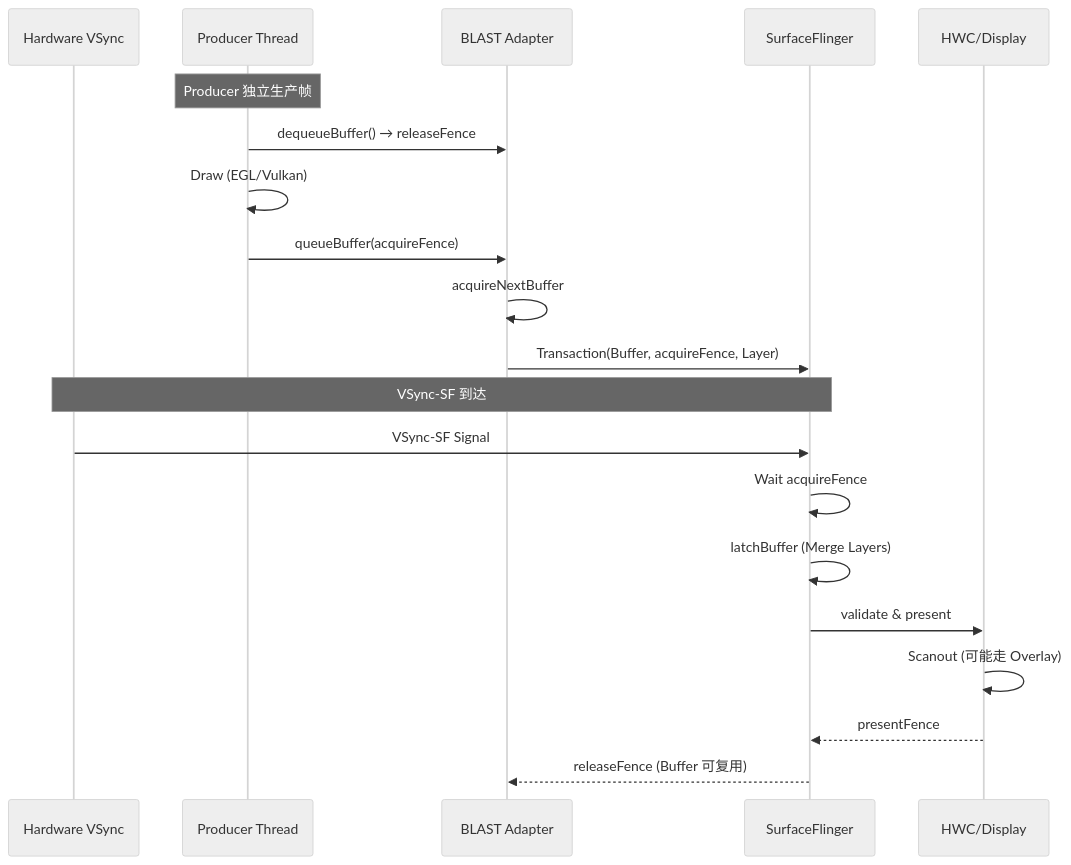
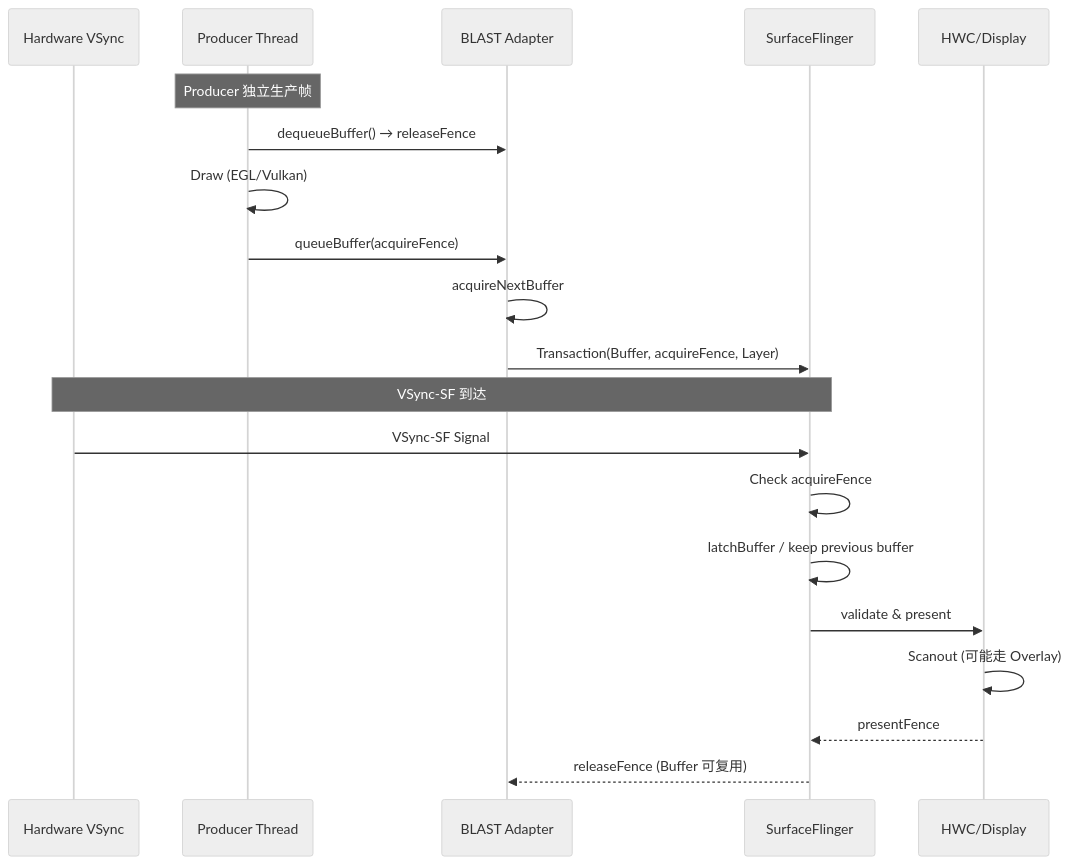
The second of 2 diagrams in src/part2-performance/ch18-rendering-pipelines/06-surfaceview.md (Gracker/android-internals-wiki), drawn with Mermaid (neutral theme) before and after one commit. The commit also changed other lines of this file and 3 other files, not shown here.

````diff
--- a/src/part2-performance/ch18-rendering-pipelines/06-surfaceview.md
+++ b/src/part2-performance/ch18-rendering-pipelines/06-surfaceview.md
@@ -125,25 +132,25 @@
 ```mermaid
 sequenceDiagram
     participant HW as Hardware VSync
     participant PT as Producer Thread
     participant BBQ as BLAST Adapter
     participant SF as SurfaceFlinger
     participant HWC as HWC/Display
 
     Note over PT: Producer 独立生产帧
     PT->>BBQ: dequeueBuffer() → releaseFence
     PT->>PT: Draw (EGL/Vulkan)
     PT->>BBQ: queueBuffer(acquireFence)
     
     BBQ->>BBQ: acquireNextBuffer
     BBQ->>SF: Transaction(Buffer, acquireFence, Layer)
     
     Note over HW, SF: VSync-SF 到达
     HW->>SF: VSync-SF Signal
-    SF->>SF: Wait acquireFence
-    SF->>SF: latchBuffer (Merge Layers)
+    SF->>SF: Check acquireFence
+    SF->>SF: latchBuffer / keep previous buffer
     SF->>HWC: validate & present
     HWC->>HWC: Scanout (可能走 Overlay)
     HWC-->>SF: presentFence
     SF-->>BBQ: releaseFence (Buffer 可复用)
 ```
````
